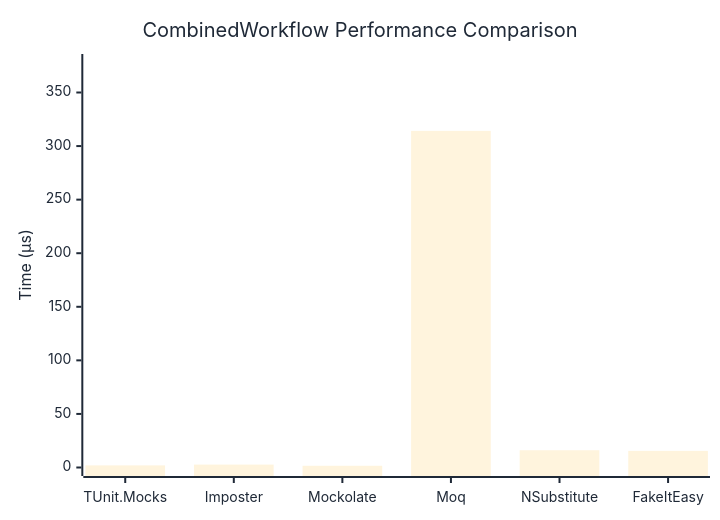
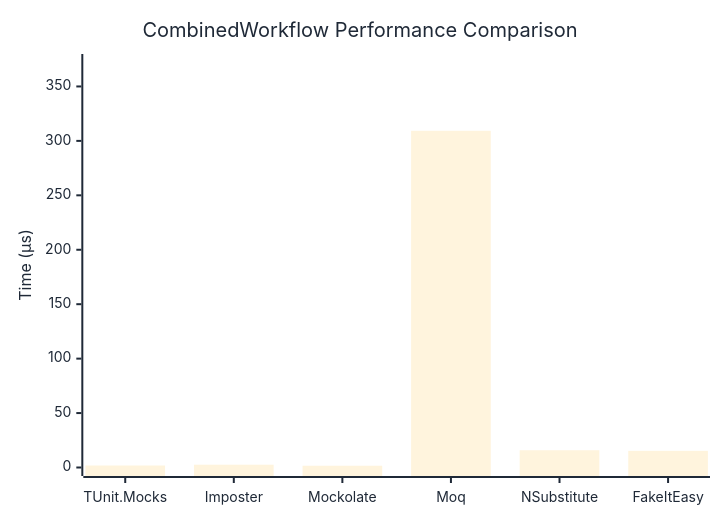
Before and after one commit to thomhurst/TUnit: the diagram in docs/docs/benchmarks/mocks/CombinedWorkflow.md, drawn with Mermaid. The commit also changed other lines of this file and 14 other files, not shown here.

````diff
--- a/docs/docs/benchmarks/mocks/CombinedWorkflow.md
+++ b/docs/docs/benchmarks/mocks/CombinedWorkflow.md
@@ -30,27 +30,27 @@
 ```mermaid
 %%{init: {
   'theme':'base',
   'themeVariables': {
     'primaryColor': '#2563eb',
     'primaryTextColor': '#1f2937',
     'primaryBorderColor': '#1e40af',
     'lineColor': '#6b7280',
     'secondaryColor': '#7c3aed',
     'tertiaryColor': '#dc2626',
     'background': '#ffffff',
     'pie1': '#2563eb',
     'pie2': '#7c3aed',
     'pie3': '#dc2626',
     'pie4': '#f59e0b',
     'pie5': '#10b981',
     'pie6': '#06b6d4',
     'pie7': '#ec4899',
     'pie8': '#6366f1'
   }
 }}%%
 xychart-beta
   title "CombinedWorkflow Performance Comparison"
   x-axis ["TUnit.Mocks", "Imposter", "Mockolate", "Moq", "NSubstitute", "FakeItEasy"]
-  y-axis "Time (μs)" 0 --> 378
-  bar [1.964, 2.713, 1.616, 314.176, 16.11, 15.518]
+  y-axis "Time (μs)" 0 --> 372
+  bar [1.825, 2.574, 1.629, 309.266, 15.855, 15.304]
 ```
````
